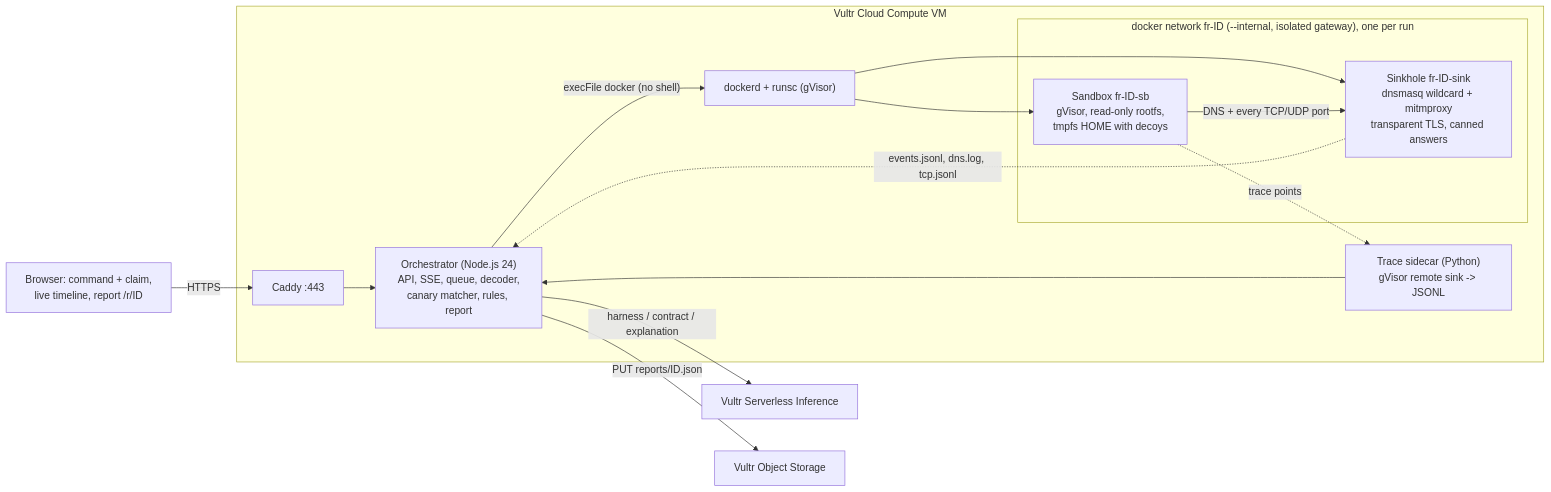
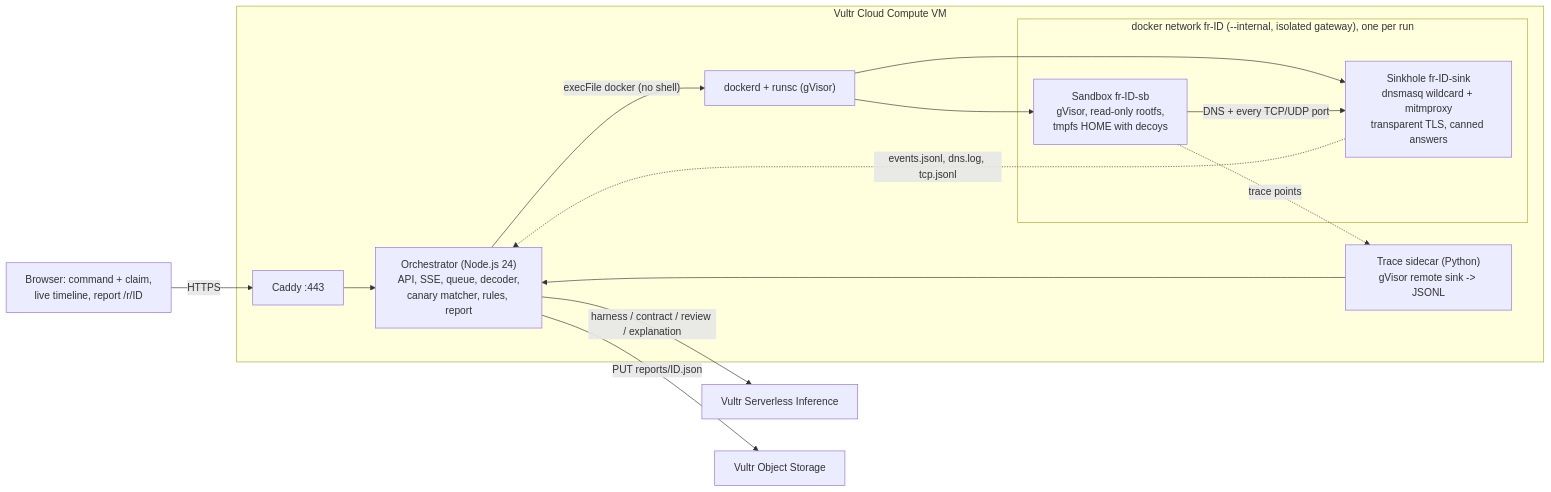
Before and after one commit to hamzahmisbach/firstrun: the diagram in README.md, drawn with Mermaid. The commit also changed other lines of this file and 147 other files, not shown here.

````diff
--- a/README.md
+++ b/README.md
@@ -26,25 +26,25 @@
 ```mermaid
 flowchart LR
   U["Browser: command + claim,<br/>live timeline, report /r/ID"]
   subgraph VM["Vultr Cloud Compute VM"]
     C["Caddy :443"]
     O["Orchestrator (Node.js 24)<br/>API, SSE, queue, decoder,<br/>canary matcher, rules, report"]
     G["Trace sidecar (Python)<br/>gVisor remote sink -> JSONL"]
     D["dockerd + runsc (gVisor)"]
     subgraph NET["docker network fr-ID (--internal, isolated gateway), one per run"]
       SB["Sandbox fr-ID-sb<br/>gVisor, read-only rootfs,<br/>tmpfs HOME with decoys"]
       SK["Sinkhole fr-ID-sink<br/>dnsmasq wildcard + mitmproxy<br/>transparent TLS, canned answers"]
     end
   end
   VI["Vultr Serverless Inference"]
   OS["Vultr Object Storage"]
   U -->|HTTPS| C --> O
   O -->|"execFile docker (no shell)"| D
   D --> SB
   D --> SK
   SB -->|"DNS + every TCP/UDP port"| SK
   SK -.->|"events.jsonl, dns.log, tcp.jsonl"| O
   SB -.->|"trace points"| G --> O
-  O -->|"harness / contract / explanation"| VI
+  O -->|"harness / contract / review / explanation"| VI
   O -->|"PUT reports/ID.json"| OS
 ```
````
